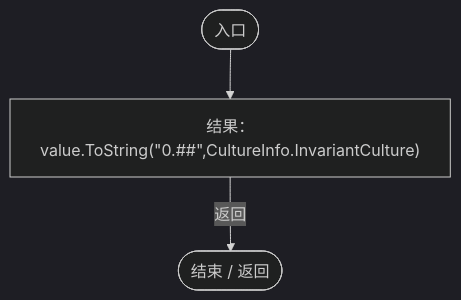
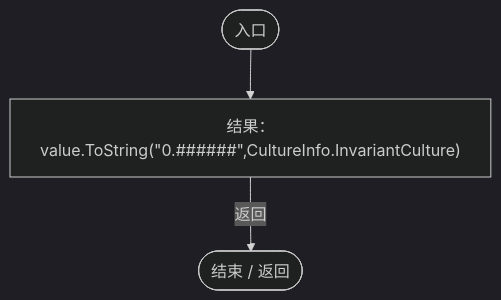
One commit to xhs6666/Darwin_paradise changed diagram 12 of 26 in Docs/运行流程图/脚本/92d59cd12a5696c3.md. Above: the diagram before and after it, drawn with Mermaid (dark theme). The commit also changed other lines of this file and 114 other files, not shown here.

````diff
--- a/Docs/运行流程图/脚本/92d59cd12a5696c3.md
+++ b/Docs/运行流程图/脚本/92d59cd12a5696c3.md
@@ -276,9 +301,9 @@
 ```mermaid
 flowchart TD
   b0(["入口"])
-  b1["结果：value.ToString(&quot;0.##&quot;,CultureInfo.InvariantCulture)"]
+  b1["结果：value.ToString(&quot;0.######&quot;,CultureInfo.InvariantCulture)"]
   b2(["结束 / 返回"])
   b0 --> b1
   b1 -->|"返回"| b2
 
 ```
````
